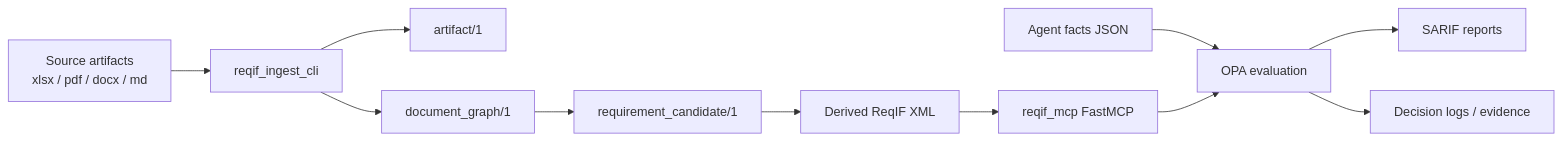
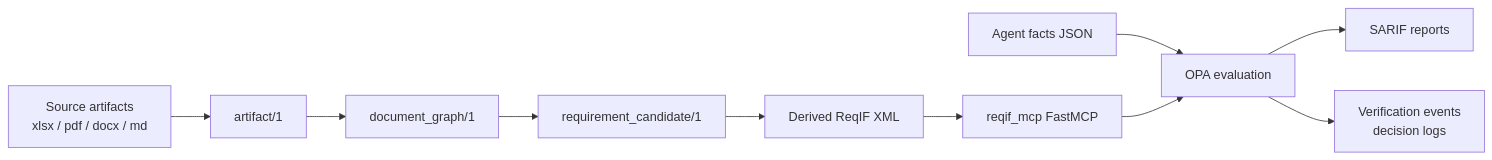
Before and after one commit to PromptExecution/reqif-opa-mcp: the second of 12 diagrams in README.md, drawn with Mermaid. The commit also changed other lines of this file and 5 other files, not shown here.

Commit message:
docs: expand README diagrams and sample indexes

````diff
--- a/README.md
+++ b/README.md
@@ -42,14 +49,13 @@
 ```mermaid
 flowchart LR
-    S[Source artifacts<br/>xlsx / pdf / docx / md] --> I[reqif_ingest_cli]
-    I --> A[artifact/1]
-    I --> G[document_graph/1]
+    S[Source artifacts<br/>xlsx / pdf / docx / md] --> A[artifact/1]
+    A --> G[document_graph/1]
     G --> C[requirement_candidate/1]
     C --> R[Derived ReqIF XML]
 
     R --> M[reqif_mcp FastMCP]
     F[Agent facts JSON] --> O[OPA evaluation]
     M --> O
     O --> SARIF[SARIF reports]
-    O --> LOGS[Decision logs / evidence]
+    O --> LOGS[Verification events<br/>decision logs]
 ```
````
